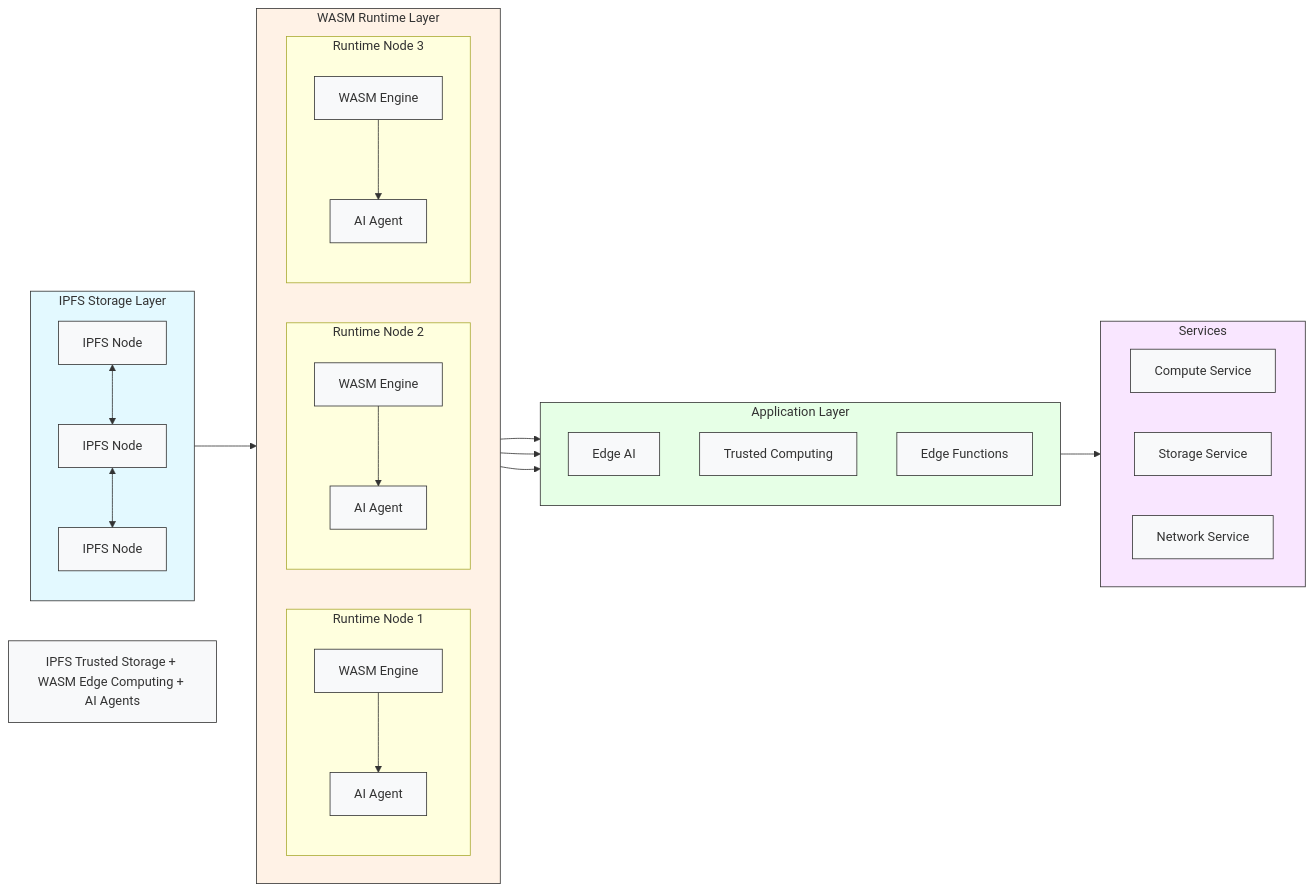
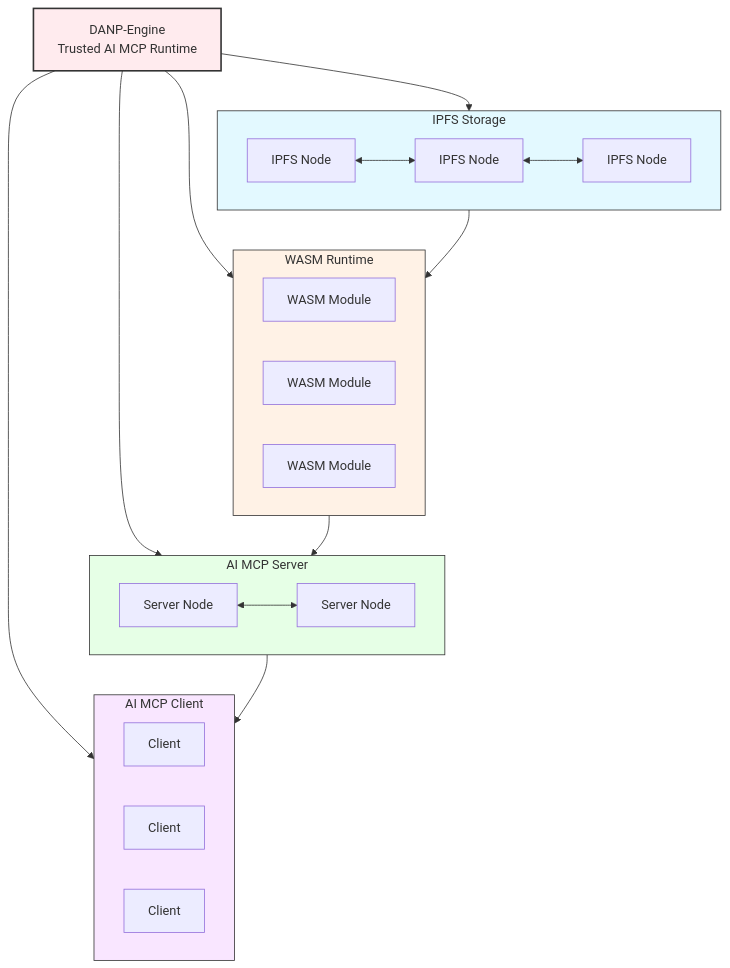
Before and after one commit to DANP-LABS/DANP-Engine: the diagram in README.md, drawn with Mermaid. The commit also changed other lines of this file, not shown here.

Commit message:
feat(AI):support IPFS WASM MCP tools

````diff
--- a/README.md
+++ b/README.md
@@ -23,70 +23,54 @@
 ```mermaid
-graph LR
+graph TD
     %% DANP-Engine Architecture Diagram
-    description[IPFS Trusted Storage + WASM Edge Computing + AI Agents]
+    DANP[DANP-Engine\nTrusted AI MCP Runtime] --> IPFS
+    DANP --> WASM
+    DANP --> MCPServer[AI MCP Server]
+    DANP --> MCPClient[AI MCP Client]
 
-    %% IPFS Storage Layer
-    subgraph ipfs[IPFS Storage Layer]
-        direction TB
+    %% IPFS Component
+    subgraph IPFS[IPFS Storage]
+        direction LR
         ipfs_node1[IPFS Node]
         ipfs_node2[IPFS Node]
         ipfs_node3[IPFS Node]
         ipfs_node1 <--> ipfs_node2
         ipfs_node2 <--> ipfs_node3
     end
 
-    %% WASM Runtime Layer
-    subgraph runtime[WASM Runtime Layer]
+    %% WASM Component
+    subgraph WASM[WASM Runtime]
         direction LR
-        
-        subgraph node1[Runtime Node 1]
-            wasm1[WASM Engine]
-            agent1[AI Agent]
-            wasm1 --> agent1
-        end
-        
-        subgraph node2[Runtime Node 2]
-            wasm2[WASM Engine]
-            agent2[AI Agent]
-            wasm2 --> agent2
-        end
-        
-        subgraph node3[Runtime Node 3]
-            wasm3[WASM Engine]
-            agent3[AI Agent]
-            wasm3 --> agent3
-        end
+        wasm1[WASM Module]
+        wasm2[WASM Module]
+        wasm3[WASM Module]
     end
 
-    %% Application Layer
-    subgraph apps[Application Layer]
-        direction TB
-        edge_ai[Edge AI]
-        trusted_comp[Trusted Computing]
-        edge_func[Edge Functions]
+    %% MCP Server Component
+    subgraph MCPServer[AI MCP Server]
+        direction LR
+        server1[Server Node]
+        server2[Server Node]
+        server1 <--> server2
     end
 
-    %% Services Layer
-    subgraph services[Services]
+    %% MCP Client Component
+    subgraph MCPClient[AI MCP Client]
         direction LR
-        compute[Compute Service]
-        storage[Storage Service]
-        network[Network Service]
+        client1[Client]
+        client2[Client]
+        client3[Client]
     end
 
     %% Connections
-    ipfs --> runtime
-    node1 --> apps
-    node2 --> apps
-    node3 --> apps
-    apps --> services
-    
+    IPFS --> WASM
+    WASM --> MCPServer
+    MCPServer --> MCPClient
+
     %% Styling
-    style ipfs fill:#e3f9ff,stroke:#333
-    style runtime fill:#fff2e6,stroke:#333
-    style apps fill:#e6ffe6,stroke:#333
-    style services fill:#f9e6ff,stroke:#333
-    
-    classDef tech fill:#f8f9fa,stroke:#333,stroke-width:1px;
-    class description,ipfs_node1,ipfs_node2,ipfs_node3,wasm1,wasm2,wasm3,agent1,agent2,agent3,edge_ai,trusted_comp,edge_func,compute,storage,network tech
+    style DANP fill:#ffebee,stroke:#333,stroke-width:2px
+    style IPFS fill:#e3f9ff,stroke:#333
+    style WASM fill:#fff2e6,stroke:#333
+    style MCPServer fill:#e6ffe6,stroke:#333
+    style MCPClient fill:#f9e6ff,stroke:#333
 ```
````
